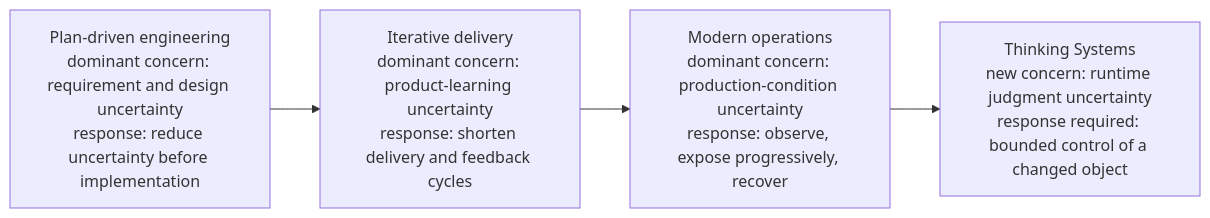
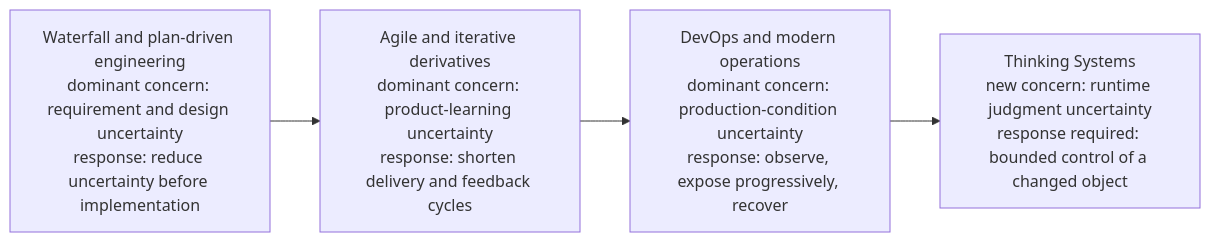
One commit to UncertaintyArchitectureGroup/uncertainty-architecture changed the first of 14 diagrams in content/research/notes/open-engineering-specification-article-draft.md. Above: the diagram before and after it, drawn with Mermaid. The commit also changed other lines of this file, not shown here.

Commit message:
Clarify engineering lineage and governance release readiness

````diff
--- a/content/research/notes/open-engineering-specification-article-draft.md
+++ b/content/research/notes/open-engineering-specification-article-draft.md
@@ -68,9 +68,9 @@
 ```mermaid
 flowchart LR
-    W["Plan-driven engineering<br/>dominant concern: requirement and design uncertainty<br/>response: reduce uncertainty before implementation"]
-    A["Iterative delivery<br/>dominant concern: product-learning uncertainty<br/>response: shorten delivery and feedback cycles"]
-    D["Modern operations<br/>dominant concern: production-condition uncertainty<br/>response: observe, expose progressively, recover"]
+    W["Waterfall and plan-driven engineering<br/>dominant concern: requirement and design uncertainty<br/>response: reduce uncertainty before implementation"]
+    A["Agile and iterative derivatives<br/>dominant concern: product-learning uncertainty<br/>response: shorten delivery and feedback cycles"]
+    D["DevOps and modern operations<br/>dominant concern: production-condition uncertainty<br/>response: observe, expose progressively, recover"]
     T["Thinking Systems<br/>new concern: runtime judgment uncertainty<br/>response required: bounded control of a changed object"]
 
     W --> A --> D --> T
 ```
````
